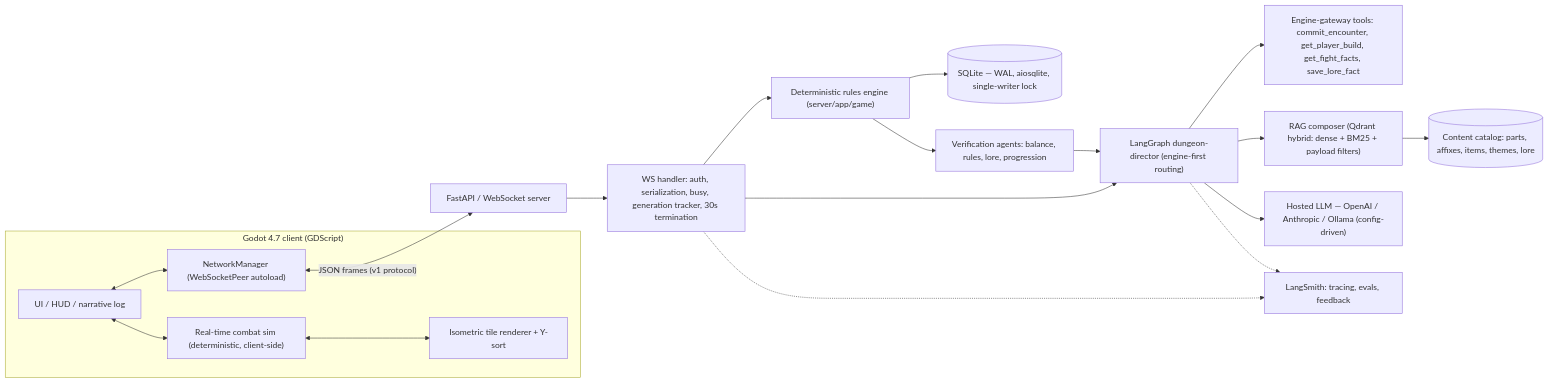
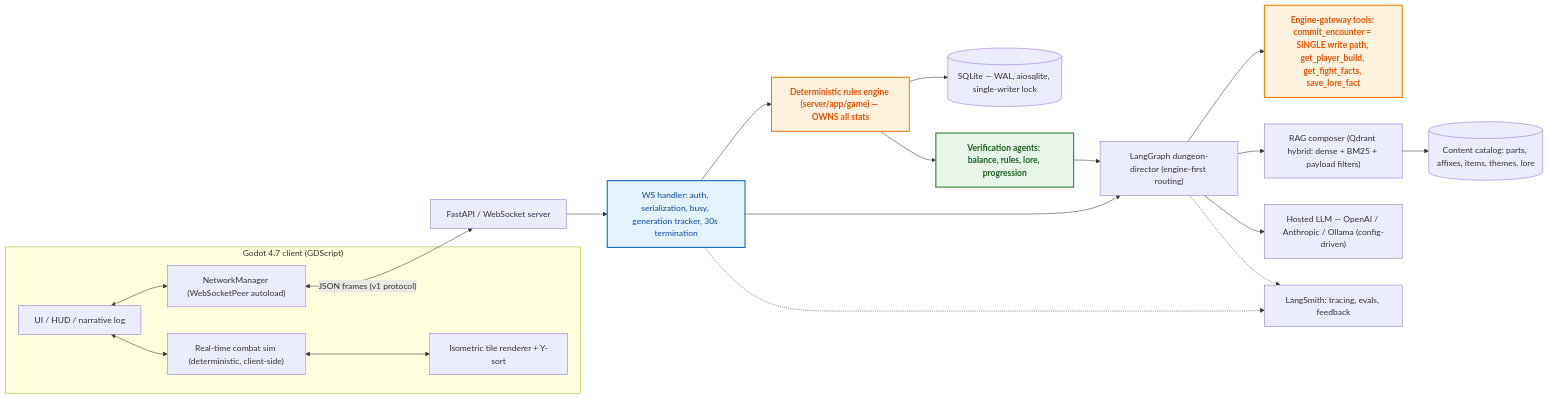
Before and after one commit to Ember96/Heirs-of-the-Abyss: the first of 2 diagrams in docs/02-architecture.md, drawn with Mermaid. The commit also changed other lines of this file and 9 other files, not shown here.

Commit message:
docs: color-code mermaid diagrams + specs/README with statement-type conventions

````diff
--- a/docs/02-architecture.md
+++ b/docs/02-architecture.md
@@ -11,25 +13,29 @@
 ```mermaid
 flowchart LR
+  classDef crit fill:#FFF3E0,stroke:#F57C00,stroke-width:2px,color:#E65100,font-weight:bold
+  classDef ok   fill:#E8F5E9,stroke:#2E7D32,stroke-width:2px,color:#1B5E20,font-weight:bold
+  classDef info fill:#E3F2FD,stroke:#1565C0,stroke-width:2px,color:#0D47A1
+
   subgraph Client["Godot 4.7 client (GDScript)"]
     UI["UI / HUD / narrative log"]
     Net["NetworkManager (WebSocketPeer autoload)"]
     Sim["Real-time combat sim (deterministic, client-side)"]
     Render["Isometric tile renderer + Y-sort"]
     UI <--> Net
     UI <--> Sim
     Sim <--> Render
   end
   Net <-->|"JSON frames (v1 protocol)"| WS["FastAPI / WebSocket server"]
-  WS --> H["WS handler: auth, serialization, busy, generation tracker, 30s termination"]
-  H --> E["Deterministic rules engine (server/app/game)"]
+  WS --> H["WS handler: auth, serialization, busy, generation tracker, 30s termination"]:::info
+  H --> E["Deterministic rules engine (server/app/game) — OWNS all stats"]:::crit
   E --> DB[("SQLite — WAL, aiosqlite, single-writer lock")]
   H --> G["LangGraph dungeon-director (engine-first routing)"]
-  G --> T["Engine-gateway tools: commit_encounter, get_player_build, get_fight_facts, save_lore_fact"]
+  G --> T["Engine-gateway tools: commit_encounter = SINGLE write path, get_player_build, get_fight_facts, save_lore_fact"]:::crit
   G --> R["RAG composer (Qdrant hybrid: dense + BM25 + payload filters)"]
   R --> CAT[("Content catalog: parts, affixes, items, themes, lore")]
   G --> LLM["Hosted LLM — OpenAI / Anthropic / Ollama (config-driven)"]
   G -.-> LS["LangSmith: tracing, evals, feedback"]
   H -.-> LS
-  E --> V["Verification agents: balance, rules, lore, progression"]
+  E --> V["Verification agents: balance, rules, lore, progression"]:::ok
   V --> G
 ```
````
